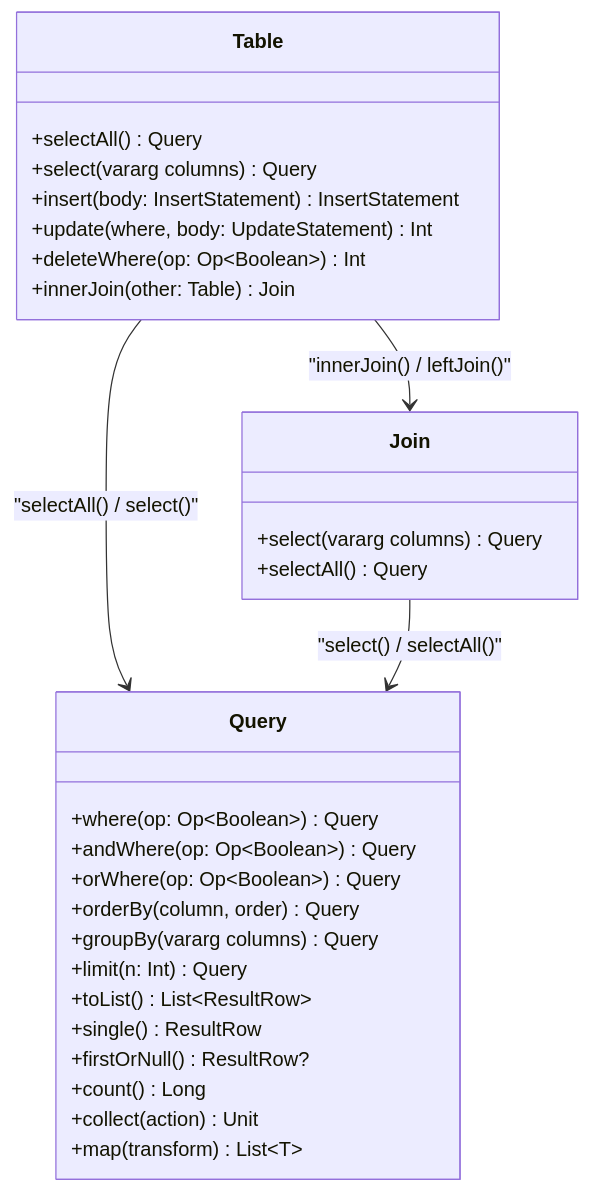
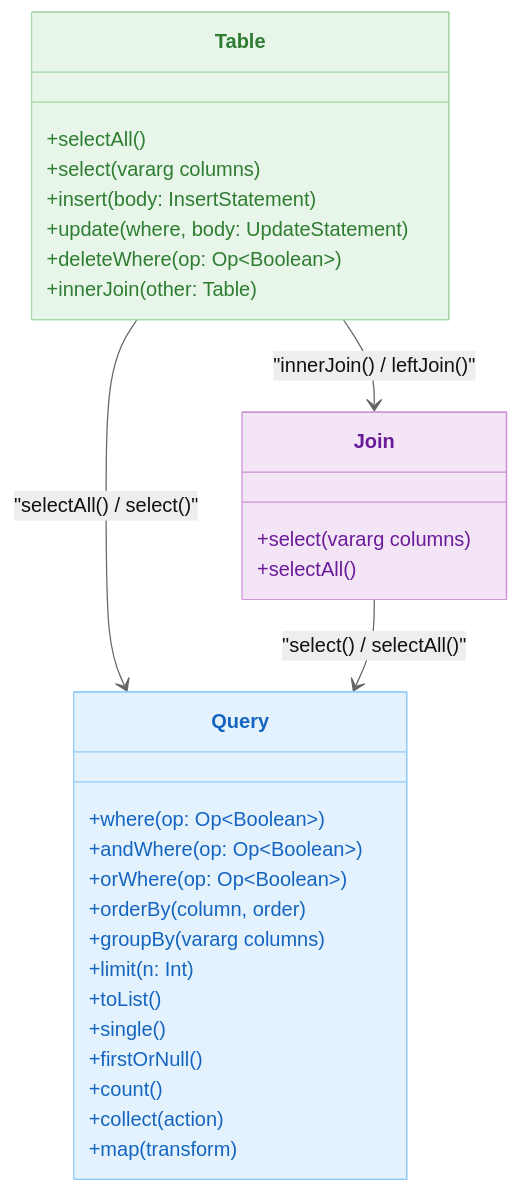
Before and after one commit to bluetape4k/exposed-r2dbc-workshop: the second of 3 diagrams in 03-exposed-r2dbc-basic/exposed-r2dbc-sql-example/README.md, drawn with Mermaid. The commit also changed other lines of this file and 63 other files, not shown here.

First line of the commit message:
docs: 전 모듈 README Mermaid UML 추가 및 영/한 이중화

````diff
--- a/03-exposed-r2dbc-basic/exposed-r2dbc-sql-example/README.md
+++ b/03-exposed-r2dbc-basic/exposed-r2dbc-sql-example/README.md
@@ -24,32 +27,37 @@
 ```mermaid
+%%{init: {"theme": "neutral"}}%%
 classDiagram
     class Query {
-        +where(op: Op~Boolean~) Query
-        +andWhere(op: Op~Boolean~) Query
-        +orWhere(op: Op~Boolean~) Query
-        +orderBy(column, order) Query
-        +groupBy(vararg columns) Query
-        +limit(n: Int) Query
-        +toList() List~ResultRow~
-        +single() ResultRow
-        +firstOrNull() ResultRow?
-        +count() Long
-        +collect(action) Unit
-        +map(transform) List~T~
+        +where(op: Op~Boolean~)
+        +andWhere(op: Op~Boolean~)
+        +orWhere(op: Op~Boolean~)
+        +orderBy(column, order)
+        +groupBy(vararg columns)
+        +limit(n: Int)
+        +toList()
+        +single()
+        +firstOrNull()
+        +count()
+        +collect(action)
+        +map(transform)
     }
     class Table {
-        +selectAll() Query
-        +select(vararg columns) Query
-        +insert(body: InsertStatement) InsertStatement
-        +update(where, body: UpdateStatement) Int
-        +deleteWhere(op: Op~Boolean~) Int
-        +innerJoin(other: Table) Join
+        +selectAll()
+        +select(vararg columns)
+        +insert(body: InsertStatement)
+        +update(where, body: UpdateStatement)
+        +deleteWhere(op: Op~Boolean~)
+        +innerJoin(other: Table)
     }
     class Join {
-        +select(vararg columns) Query
-        +selectAll() Query
+        +select(vararg columns)
+        +selectAll()
     }
     Table --> Query : "selectAll() / select()"
     Table --> Join : "innerJoin() / leftJoin()"
     Join --> Query : "select() / selectAll()"
+
+    style Query fill:#E3F2FD,stroke:#90CAF9,color:#1565C0
+    style Table fill:#E8F5E9,stroke:#A5D6A7,color:#2E7D32
+    style Join fill:#F3E5F5,stroke:#CE93D8,color:#6A1B9A
 ```
````
